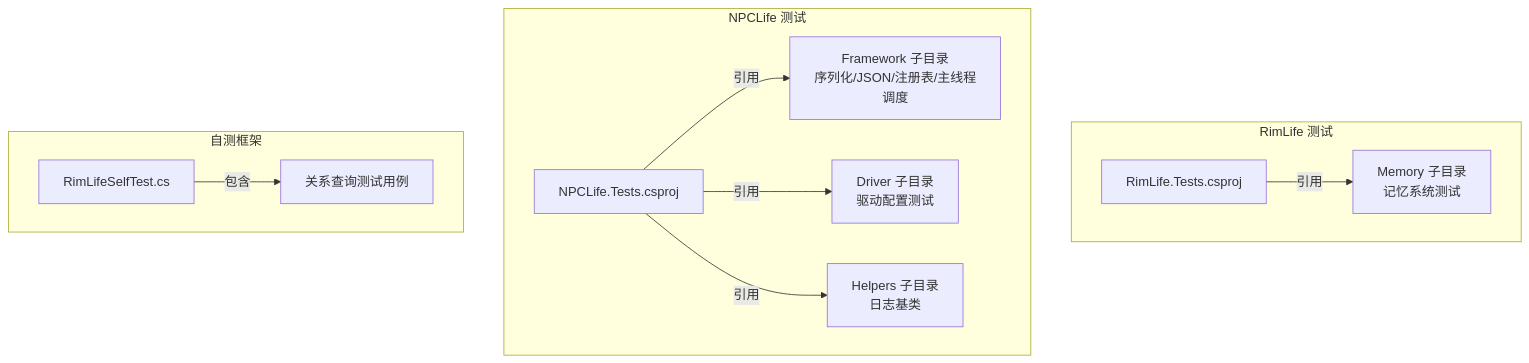
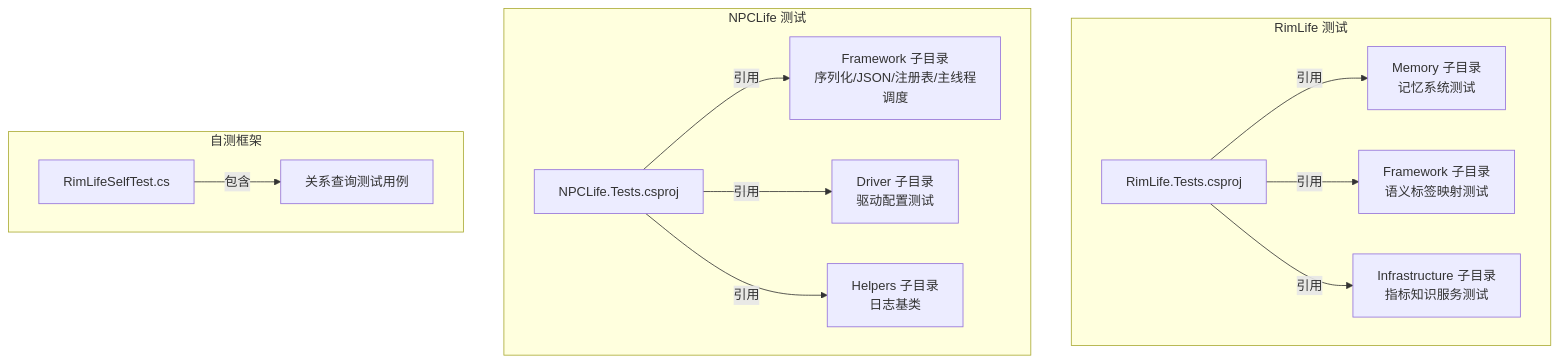
One commit to suzvka/RimLife changed the first of 9 diagrams in .qoder/repowiki/zh/content/测试体系/测试体系.md. Above: the diagram before and after it, drawn with Mermaid. The commit also changed other lines of this file and 19 other files, not shown here.

````diff
--- a/.qoder/repowiki/zh/content/测试体系/测试体系.md
+++ b/.qoder/repowiki/zh/content/测试体系/测试体系.md
@@ -49,22 +54,26 @@
 ```mermaid
 graph TB
 subgraph "RimLife 测试"
 RLProj["RimLife.Tests.csproj"]
 RLMem["Memory 子目录<br/>记忆系统测试"]
+RLFramework["Framework 子目录<br/>语义标签映射测试"]
+RLInfra["Infrastructure 子目录<br/>指标知识服务测试"]
 end
 subgraph "NPCLife 测试"
 NPCProj["NPCLife.Tests.csproj"]
 NPCFrame["Framework 子目录<br/>序列化/JSON/注册表/主线程调度"]
 NPCDriver["Driver 子目录<br/>驱动配置测试"]
 NPCHelp["Helpers 子目录<br/>日志基类"]
 end
 subgraph "自测框架"
 SelfTest["RimLifeSelfTest.cs"]
 RelTest["关系查询测试用例"]
 end
 RLProj --> |"引用"| RLMem
+RLProj --> |"引用"| RLFramework
+RLProj --> |"引用"| RLInfra
 NPCProj --> |"引用"| NPCFrame
 NPCProj --> |"引用"| NPCDriver
 NPCProj --> |"引用"| NPCHelp
 SelfTest --> |"包含"| RelTest
 ```
````
